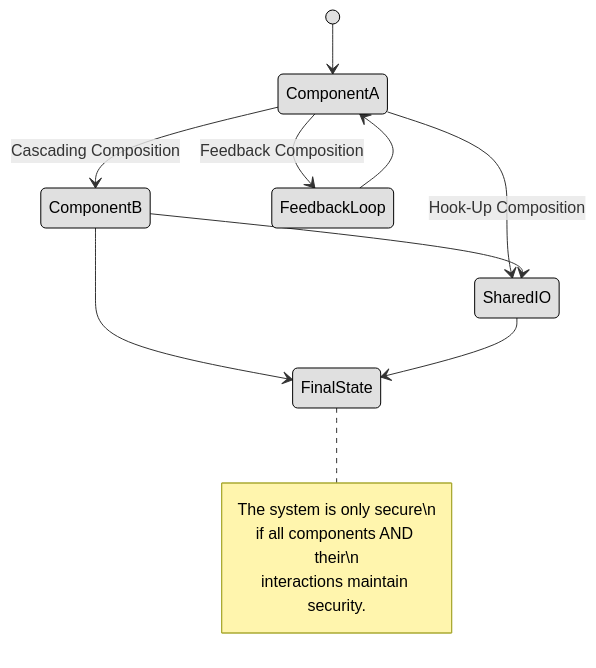
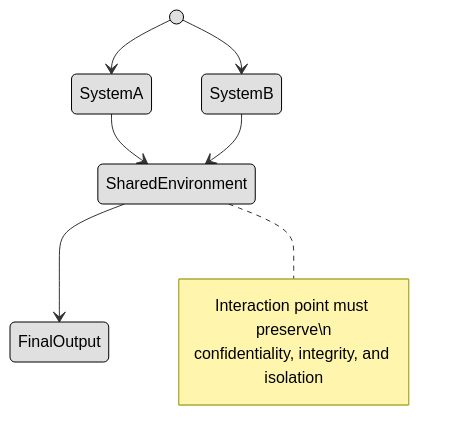
One commit to lorenzoleonelli/CISSP-Zero-to-Hero changed the fourth of 8 diagrams in DOMAIN3: Security Architecture and Engineering/3.02 Understand the fundamental concepts of security models (e.g. Biba, STar Model, Bell Lapadula).md. Above: the diagram before and after it, drawn with Mermaid. The commit also changed other lines of this file, not shown here.

Commit message:
Update 3.02 Understand the fundamental concepts of security models (e.g. Biba, STar Model, Bell Lapadula).md

````diff
--- a/DOMAIN3: Security Architecture and Engineering/3.02 Understand the fundamental concepts of security models (e.g. Biba, STar Model, Bell Lapadula).md
+++ b/DOMAIN3: Security Architecture and Engineering/3.02 Understand the fundamental concepts of security models (e.g. Biba, STar Model, Bell Lapadula).md
@@ -39,22 +74,17 @@
 ```mermaid
 stateDiagram-v2
-    [*] --> ComponentA
-    ComponentA --> ComponentB : Cascading Composition
-    ComponentB --> FinalState
+    [*] --> SystemA
+    [*] --> SystemB
+    SystemA --> SharedEnvironment
+    SystemB --> SharedEnvironment
+    SharedEnvironment --> FinalOutput
 
-    ComponentA --> FeedbackLoop : Feedback Composition
-    FeedbackLoop --> ComponentA
+    note right of SharedEnvironment
+      Interaction point must preserve\n
+      confidentiality, integrity, and isolation
+    end note
 
-    ComponentA --> SharedIO : Hook-Up Composition
-    ComponentB --> SharedIO
-    SharedIO --> FinalState
-
-    note right of FinalState
-      The system is only secure\n
-      if all components AND their\n
-      interactions maintain security.
-    end note
 
     classDef center fill:#ffffff,color:#000000,stroke:#000000,stroke-width:1px,font-weight:bold
     classDef node fill:#e0e0e0,color:#000000,stroke:#000000,stroke-width:1px
 ```
````
